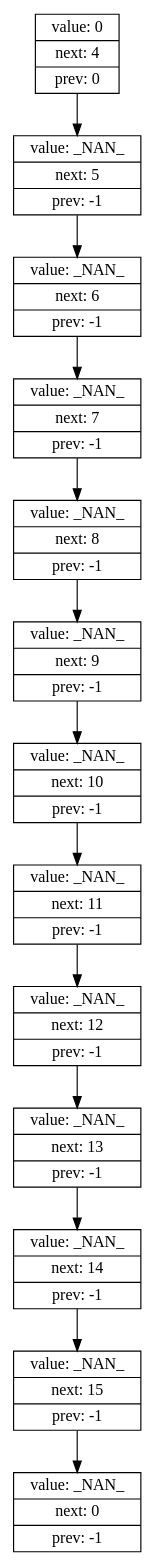
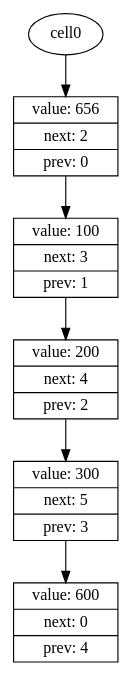
Before and after one commit to Troll0ton/List: the diagram in dump/list_graph.dot, drawn with Graphviz. The commit also changed 14 other files, not shown here.

```diff
--- a/dump/list_graph.dot
+++ b/dump/list_graph.dot
@@ -1,17 +1,9 @@
 digraph structs {
   rankdir=HR;    
-  cell0 [shape=record,label=" { value: 0 | next: 4 | prev: 0}" ];
-  cell1 [shape=record,label=" { value: _NAN_ | next: 5 | prev: -1}" ];
-  cell2 [shape=record,label=" { value: _NAN_ | next: 6 | prev: -1}" ];
-  cell3 [shape=record,label=" { value: _NAN_ | next: 7 | prev: -1}" ];
-  cell4 [shape=record,label=" { value: _NAN_ | next: 8 | prev: -1}" ];
-  cell5 [shape=record,label=" { value: _NAN_ | next: 9 | prev: -1}" ];
-  cell6 [shape=record,label=" { value: _NAN_ | next: 10 | prev: -1}" ];
-  cell7 [shape=record,label=" { value: _NAN_ | next: 11 | prev: -1}" ];
-  cell8 [shape=record,label=" { value: _NAN_ | next: 12 | prev: -1}" ];
-  cell9 [shape=record,label=" { value: _NAN_ | next: 13 | prev: -1}" ];
-  cell10 [shape=record,label=" { value: _NAN_ | next: 14 | prev: -1}" ];
-  cell11 [shape=record,label=" { value: _NAN_ | next: 15 | prev: -1}" ];
-  cell12 [shape=record,label=" { value: _NAN_ | next: 0 | prev: -1}" ];
-  cell0 -> cell1 -> cell2 -> cell3 -> cell4 -> cell5 -> cell6 -> cell7 -> cell8 -> cell9 -> cell10 -> cell11 -> cell12;
+  cell1 [shape=record,label=" { value:   656 | next:     2 | prev:     0}" ];
+  cell2 [shape=record,label=" { value:   100 | next:     3 | prev:     1}" ];
+  cell3 [shape=record,label=" { value:   200 | next:     4 | prev:     2}" ];
+  cell4 [shape=record,label=" { value:   300 | next:     5 | prev:     3}" ];
+  cell5 [shape=record,label=" { value:   600 | next:     0 | prev:     4}" ];
+  cell0 -> cell1 -> cell2 -> cell3 -> cell4 -> cell5;
 }
```
